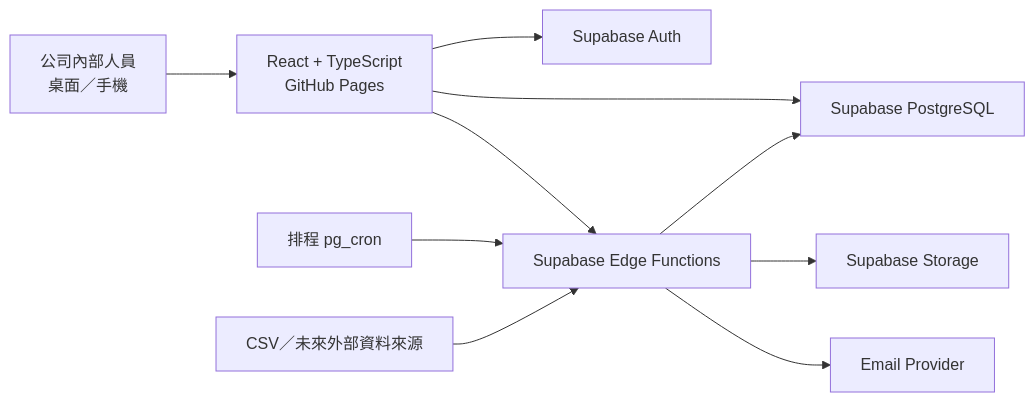
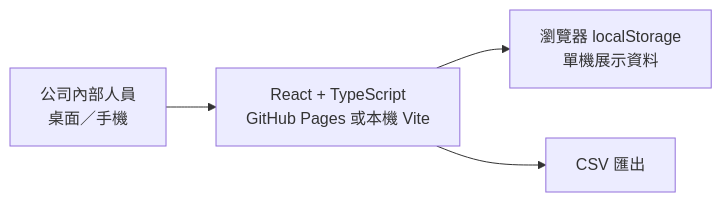
One commit to ktlin318/InventoryHub changed the sixth of 7 diagrams in README.md. Above: the diagram before and after it, drawn with Mermaid. The commit also changed other lines of this file and 3 other files, not shown here.

````diff
--- a/README.md
+++ b/README.md
@@ -159,12 +250,6 @@
 ```mermaid
 flowchart LR
-    U[公司內部人員<br/>桌面／手機] --> WEB[React + TypeScript<br/>GitHub Pages]
-    WEB --> AUTH[Supabase Auth]
-    WEB --> DB[Supabase PostgreSQL]
-    WEB --> FN[Supabase Edge Functions]
-    FN --> DB
-    CRON[排程 pg_cron] --> FN
-    FN --> STORAGE[Supabase Storage]
-    FN --> MAIL[Email Provider]
-    CSV[CSV／未來外部資料來源] --> FN
+    U[公司內部人員<br/>桌面／手機] --> WEB[React + TypeScript<br/>GitHub Pages 或本機 Vite]
+    WEB --> LOCAL[瀏覽器 localStorage<br/>單機展示資料]
+    WEB --> CSV[CSV 匯出]
 ```
````
